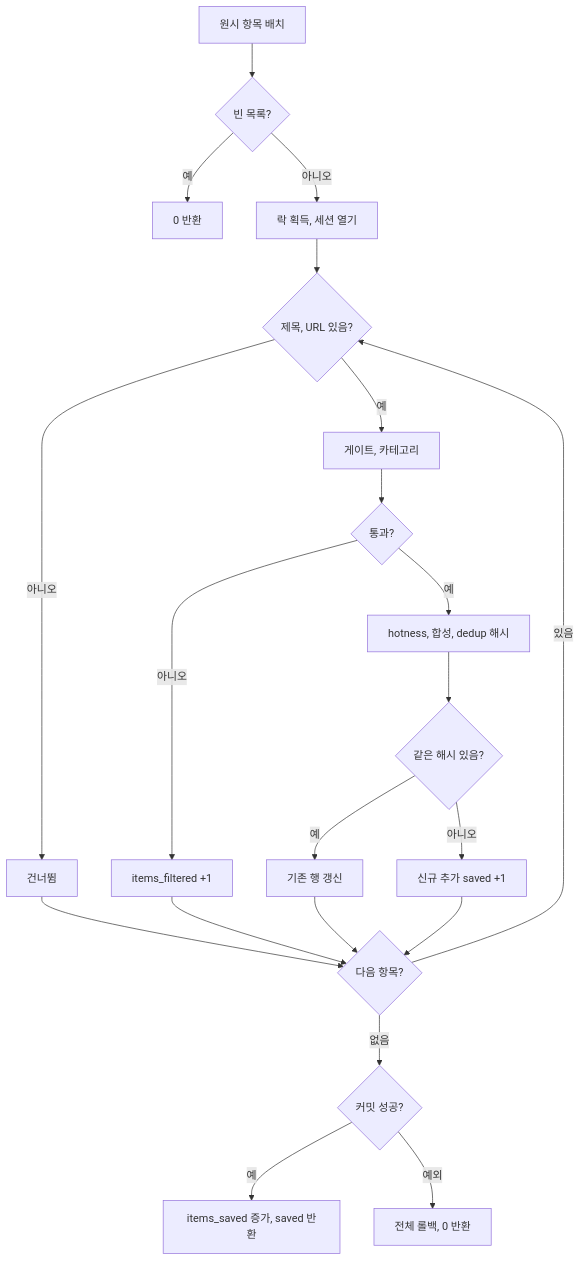
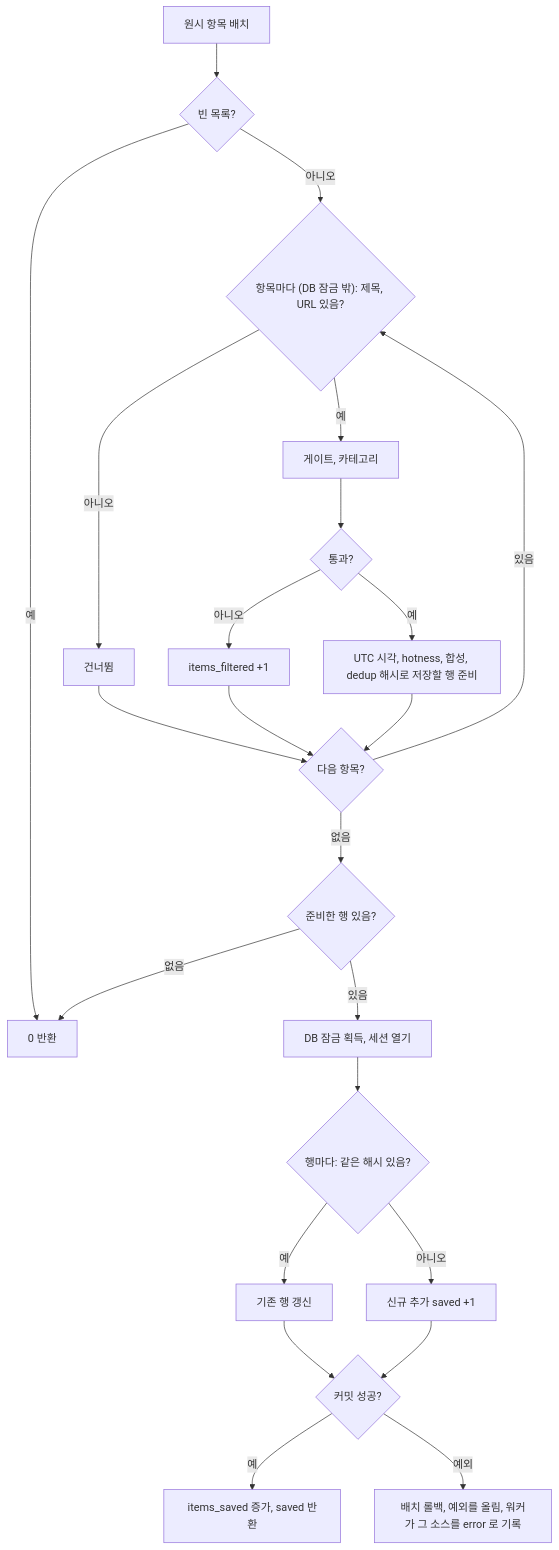
One commit to ozplayground/agent-lens changed diagram 16 of 26 in docs/spec-writer/fsd/03_COLLECTION_SPECIFICATION.md. Above: the diagram before and after it, drawn with Mermaid. The commit also changed other lines of this file and 216 other files, not shown here.

````diff
--- a/docs/spec-writer/fsd/03_COLLECTION_SPECIFICATION.md
+++ b/docs/spec-writer/fsd/03_COLLECTION_SPECIFICATION.md
@@ -1013,23 +1041,25 @@
 ```mermaid
 flowchart TD
     A["원시 항목 배치"] --> B{"빈 목록?"}
     B -->|예| C["0 반환"]
-    B -->|아니오| D["락 획득, 세션 열기"]
-    D --> E{"제목, URL 있음?"}
+    B -->|아니오| E{"항목마다 (DB 잠금 밖): 제목, URL 있음?"}
     E -->|아니오| F["건너뜀"]
     E -->|예| G["게이트, 카테고리"]
     G --> H{"통과?"}
     H -->|아니오| I["items_filtered +1"]
-    H -->|예| J["hotness, 합성, dedup 해시"]
-    J --> K{"같은 해시 있음?"}
+    H -->|예| J["UTC 시각, hotness, 합성, dedup 해시로 저장할 행 준비"]
+    F --> N{"다음 항목?"}
+    I --> N
+    J --> N
+    N -->|있음| E
+    N -->|없음| R{"준비한 행 있음?"}
+    R -->|없음| C
+    R -->|있음| D["DB 잠금 획득, 세션 열기"]
+    D --> K{"행마다: 같은 해시 있음?"}
     K -->|예| L["기존 행 갱신"]
     K -->|아니오| M["신규 추가 saved +1"]
-    F --> N{"다음 항목?"}
-    I --> N
-    L --> N
-    M --> N
-    N -->|있음| E
-    N -->|없음| O{"커밋 성공?"}
+    L --> O{"커밋 성공?"}
+    M --> O
     O -->|예| P["items_saved 증가, saved 반환"]
-    O -->|예외| Q["전체 롤백, 0 반환"]
+    O -->|예외| Q["배치 롤백, 예외를 올림, 워커가 그 소스를 error 로 기록"]
 ```
````
